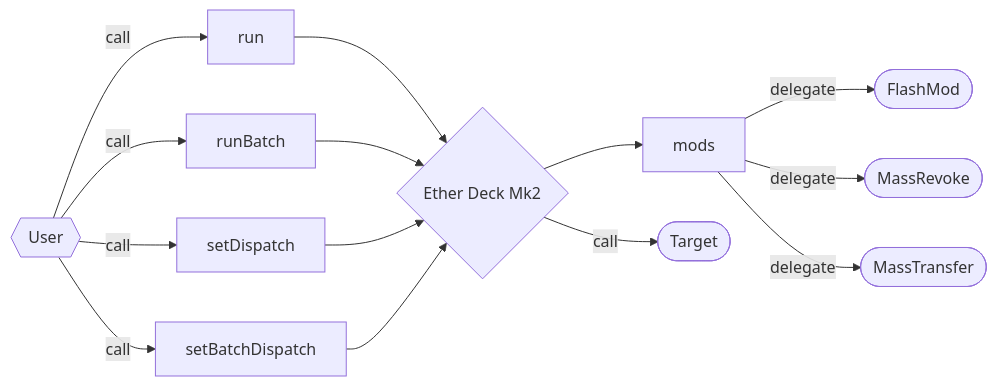
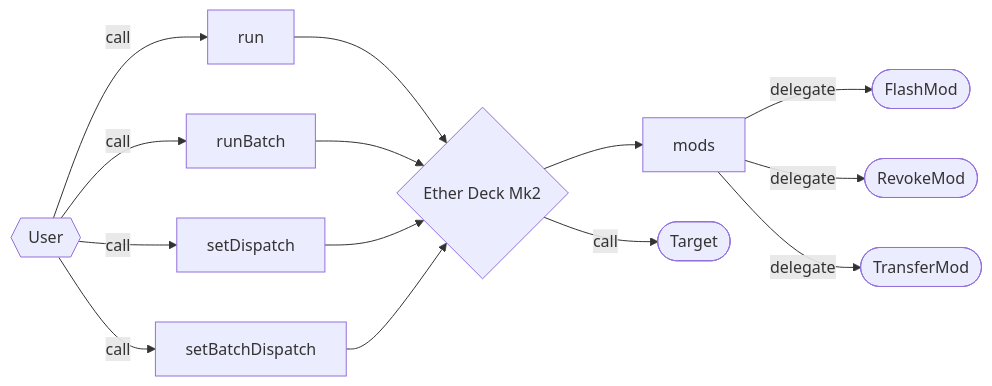
The first of 4 diagrams in README.md (jtriley-eth/ether-deck-mk2), drawn with Mermaid before and after one commit.

````diff
--- a/README.md
+++ b/README.md
@@ -5,17 +5,17 @@
 ```mermaid
 flowchart LR
     u{{User}}
     e{Ether Deck Mk2}
 
     u -->|call| run --> e
     u -->|call| runBatch --> e
     u -->|call| setDispatch --> e
     u -->|call| setBatchDispatch --> e
 
     e --> mods
     e -->|call| target([Target])
 
     mods -->|delegate| Flash([FlashMod])
-    mods -->|delegate| MassRevoke([MassRevoke])
-    mods -->|delegate| MassTransfer([MassTransfer])
+    mods -->|delegate| RevokeMod([RevokeMod])
+    mods -->|delegate| TransferMod([TransferMod])
 ```
````
